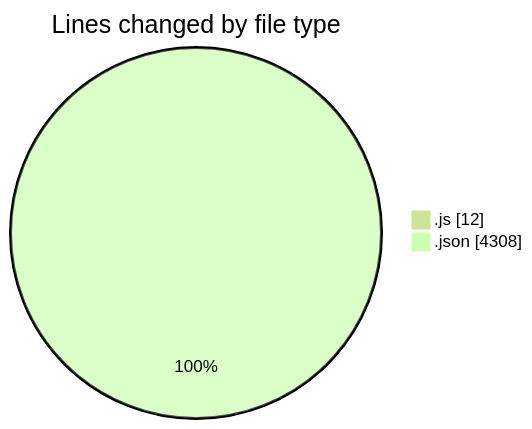
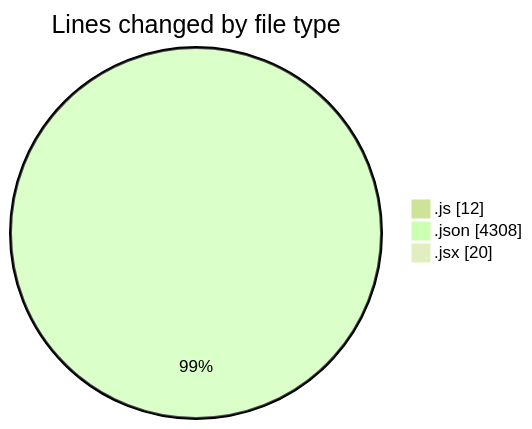
The first of 2 diagrams in 2026-11-21/nashik-misal-queue/README.md (nxtqubesakshisongat/code-tracking), drawn with Mermaid (forest theme) before and after one commit. The commit also changed other lines of this file and 1 other file, not shown here.

````diff
--- a/2026-11-21/nashik-misal-queue/README.md
+++ b/2026-11-21/nashik-misal-queue/README.md
@@ -22,6 +23,7 @@
 ```mermaid
 pie showData
 title Lines changed by file type
 ".js" : 12
 ".json" : 4308
+".jsx" : 20
 ```
````
